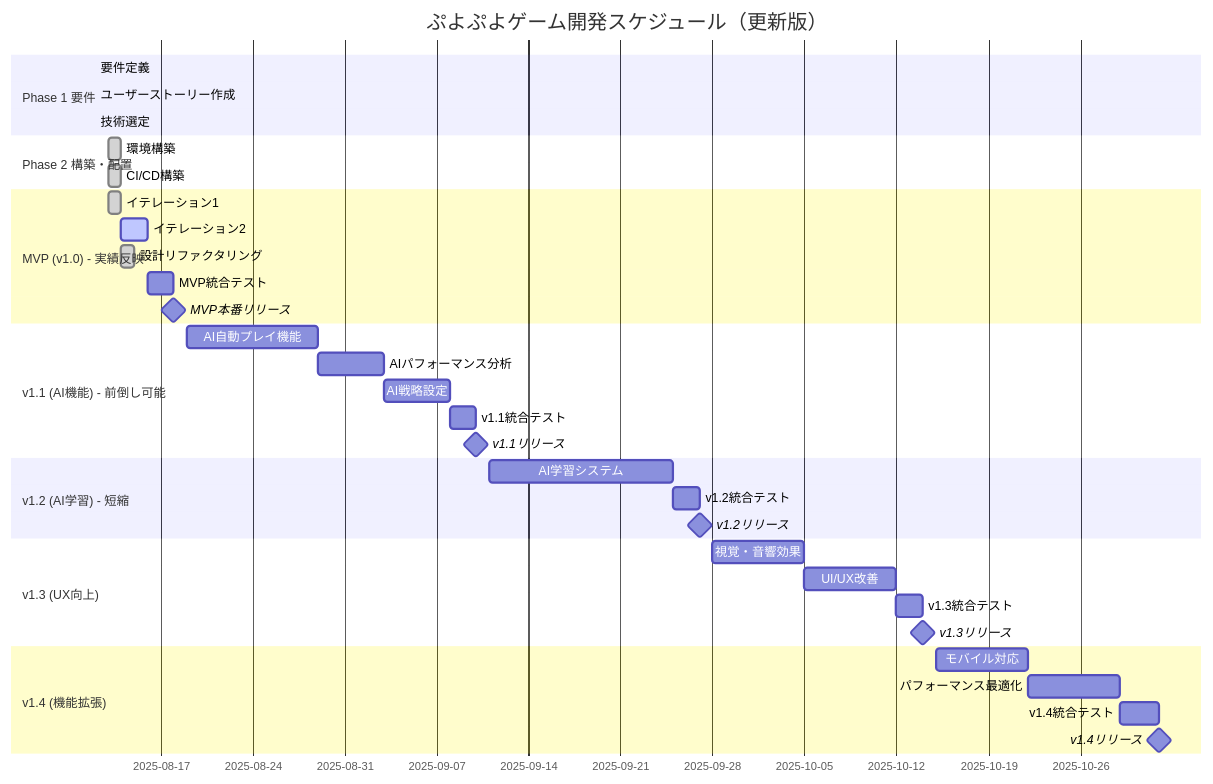
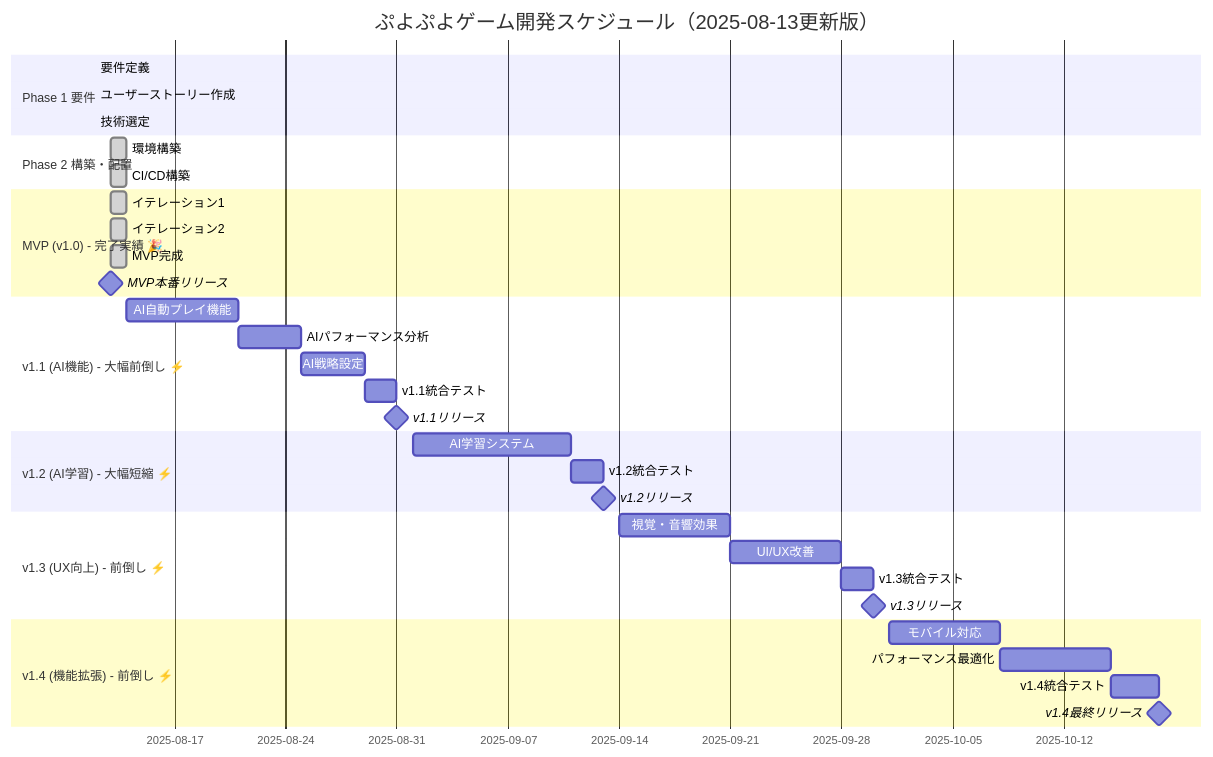
One commit to k2works/case-study-game-dev changed the second of 8 diagrams in docs/requirements/リリース計画.md. Above: the diagram before and after it, drawn with Mermaid. The commit also changed other lines of this file, not shown here.

````diff
--- a/docs/requirements/リリース計画.md
+++ b/docs/requirements/リリース計画.md
@@ -182,44 +182,43 @@
 ```mermaid
 gantt
-    title ぷよぷよゲーム開発スケジュール（更新版）
+    title ぷよぷよゲーム開発スケジュール（2025-08-13更新版）
     dateFormat  YYYY-MM-DD
     section Phase 1 要件
     要件定義           :done, req, 2025-08-12, 2025-08-12
     ユーザーストーリー作成 :done, us, 2025-08-12, 2025-08-12
     技術選定           :done, tech, 2025-08-12, 2025-08-12
     
     section Phase 2 構築・配置
     環境構築           :done, env, 2025-08-13, 1d
     CI/CD構築         :done, cicd, 2025-08-13, 1d
     
-    section MVP (v1.0) - 実績反映
+    section MVP (v1.0) - 完了実績 🎉
     イテレーション1     :done, iter1, 2025-08-13, 1d
-    イテレーション2     :active, iter2, 2025-08-14, 2d
-    設計リファクタリング :done, refactor, 2025-08-14, 1d
-    MVP統合テスト      :mvp-test, 2025-08-16, 2d
-    MVP本番リリース    :milestone, mvp-rel, 2025-08-18, 0d
+    イテレーション2     :done, iter2, 2025-08-13, 1d
+    MVP完成           :done, mvp-done, 2025-08-13, 1d
+    MVP本番リリース    :milestone, mvp-rel, 2025-08-13, 0d
     
-    section v1.1 (AI機能) - 前倒し可能
-    AI自動プレイ機能   :v11-1, 2025-08-19, 10d
-    AIパフォーマンス分析 :v11-2, 2025-08-29, 5d
-    AI戦略設定        :v11-3, 2025-09-03, 5d
-    v1.1統合テスト     :v11-test, 2025-09-08, 2d
-    v1.1リリース      :milestone, v11-rel, 2025-09-10, 0d
+    section v1.1 (AI機能) - 大幅前倒し ⚡
+    AI自動プレイ機能   :v11-1, 2025-08-14, 7d
+    AIパフォーマンス分析 :v11-2, 2025-08-21, 4d
+    AI戦略設定        :v11-3, 2025-08-25, 4d
+    v1.1統合テスト     :v11-test, 2025-08-29, 2d
+    v1.1リリース      :milestone, v11-rel, 2025-08-31, 0d
     
-    section v1.2 (AI学習) - 短縮
-    AI学習システム     :v12-1, 2025-09-11, 2w
-    v1.2統合テスト     :v12-test, 2025-09-25, 2d
-    v1.2リリース      :milestone, v12-rel, 2025-09-27, 0d
+    section v1.2 (AI学習) - 大幅短縮 ⚡
+    AI学習システム     :v12-1, 2025-09-01, 10d
+    v1.2統合テスト     :v12-test, 2025-09-11, 2d
+    v1.2リリース      :milestone, v12-rel, 2025-09-13, 0d
     
-    section v1.3 (UX向上)
-    視覚・音響効果     :v13-1, 2025-09-28, 1w
-    UI/UX改善         :v13-2, 2025-10-05, 1w
-    v1.3統合テスト     :v13-test, 2025-10-12, 2d
-    v1.3リリース      :milestone, v13-rel, 2025-10-14, 0d
+    section v1.3 (UX向上) - 前倒し ⚡
+    視覚・音響効果     :v13-1, 2025-09-14, 1w
+    UI/UX改善         :v13-2, 2025-09-21, 1w
+    v1.3統合テスト     :v13-test, 2025-09-28, 2d
+    v1.3リリース      :milestone, v13-rel, 2025-09-30, 0d
     
-    section v1.4 (機能拡張)
-    モバイル対応       :v14-1, 2025-10-15, 1w
-    パフォーマンス最適化 :v14-2, 2025-10-22, 1w
-    v1.4統合テスト     :v14-test, 2025-10-29, 3d
-    v1.4リリース      :milestone, v14-rel, 2025-11-01, 0d
+    section v1.4 (機能拡張) - 前倒し ⚡
+    モバイル対応       :v14-1, 2025-10-01, 1w
+    パフォーマンス最適化 :v14-2, 2025-10-08, 1w
+    v1.4統合テスト     :v14-test, 2025-10-15, 3d
+    v1.4最終リリース   :milestone, v14-rel, 2025-10-18, 0d
 ```
````
